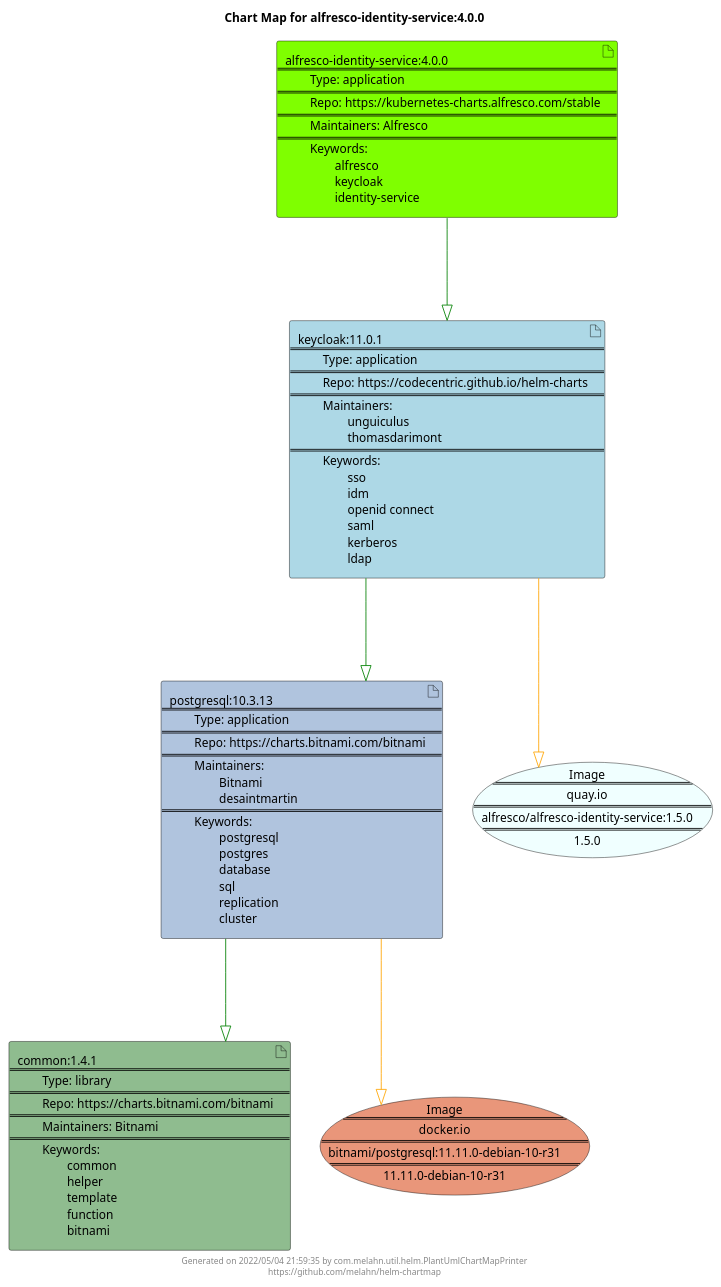
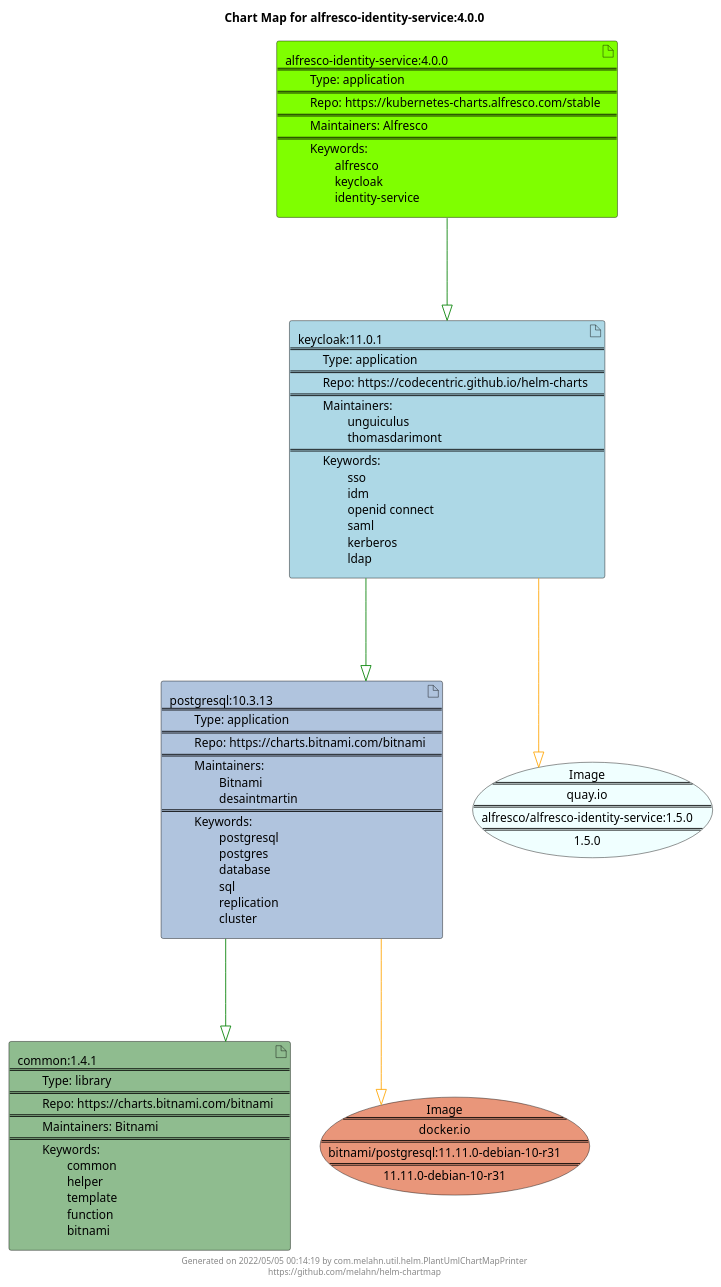
The diagram in docs/alfresco-identity-service/alfresco-identity-service-4.0.0.puml (melahn/helm-chartmap), drawn with PlantUML before and after one commit. The commit also changed 62 other files, not shown here.

Commit message:
Update Example Chart Maps as part of GitHub build

```diff
--- a/docs/alfresco-identity-service/alfresco-identity-service-4.0.0.puml
+++ b/docs/alfresco-identity-service/alfresco-identity-service-4.0.0.puml
@@ -1,29 +1,29 @@
 @startuml
 skinparam linetype ortho
 skinparam backgroundColor white
 skinparam usecaseBorderColor black
 skinparam usecaseArrowColor LightSlateGray
 skinparam artifactBorderColor black
 skinparam artifactArrowColor LightSlateGray
 
 title Chart Map for alfresco-identity-service:4.0.0
 
 'There are 4 referenced Helm Charts
 artifact "common:1.4.1\n====\n\tType: library\n====\n\tRepo: https://charts.bitnami.com/bitnami\n====\n\tMaintainers: Bitnami\n====\n\tKeywords: \n\t\tcommon\n\t\thelper\n\t\ttemplate\n\t\tfunction\n\t\tbitnami" as common_1_4_1 #DarkSeaGreen
 artifact "alfresco-identity-service:4.0.0\n====\n\tType: application\n====\n\tRepo: https://kubernetes-charts.alfresco.com/stable\n====\n\tMaintainers: Alfresco\n====\n\tKeywords: \n\t\talfresco\n\t\tkeycloak\n\t\tidentity-service" as alfresco_identity_service_4_0_0 #Chartreuse
 artifact "postgresql:10.3.13\n====\n\tType: application\n====\n\tRepo: https://charts.bitnami.com/bitnami\n====\n\tMaintainers: \n\t\tBitnami\n\t\tdesaintmartin\n====\n\tKeywords: \n\t\tpostgresql\n\t\tpostgres\n\t\tdatabase\n\t\tsql\n\t\treplication\n\t\tcluster" as postgresql_10_3_13 #LightSteelBlue
 artifact "keycloak:11.0.1\n====\n\tType: application\n====\n\tRepo: https://codecentric.github.io/helm-charts\n====\n\tMaintainers: \n\t\tunguiculus\n\t\tthomasdarimont\n====\n\tKeywords: \n\t\tsso\n\t\tidm\n\t\topenid connect\n\t\tsaml\n\t\tkerberos\n\t\tldap" as keycloak_11_0_1 #LightBlue
 
 'There are 2 referenced Docker Images
 usecase "Image\n====\nquay.io\n====\nalfresco/alfresco-identity-service:1.5.0\n====\n1.5.0" as quay_io_alfresco_alfresco_identity_service_1_5_0 #Azure
 usecase "Image\n====\ndocker.io\n====\nbitnami/postgresql:11.11.0-debian-10-r31\n====\n11.11.0-debian-10-r31" as docker_io_bitnami_postgresql_11_11_0_debian_10_r31 #DarkSalmon
 
 'Chart Dependencies
 alfresco_identity_service_4_0_0--[#green]-|>keycloak_11_0_1
 keycloak_11_0_1--[#green]-|>postgresql_10_3_13
 postgresql_10_3_13--[#green]-|>common_1_4_1
 postgresql_10_3_13--[#orange]-|>docker_io_bitnami_postgresql_11_11_0_debian_10_r31
 keycloak_11_0_1--[#orange]-|>quay_io_alfresco_alfresco_identity_service_1_5_0
 
-center footer Generated on 2022/05/04 21:59:35 by com.melahn.util.helm.PlantUmlChartMapPrinter\nhttps://github.com/melahn/helm-chartmap
+center footer Generated on 2022/05/05 00:14:19 by com.melahn.util.helm.PlantUmlChartMapPrinter\nhttps://github.com/melahn/helm-chartmap
 @enduml
```
